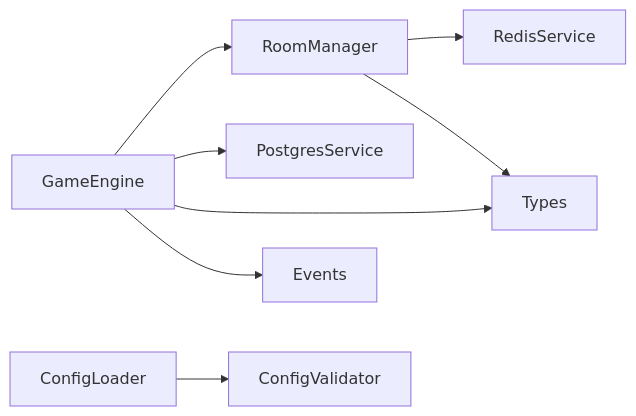
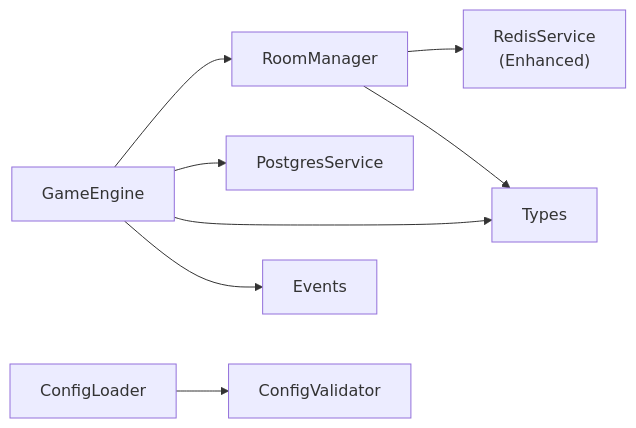
Diagram 11 of 11 in .qoder/repowiki/en/content/Data Management/Data Management.md (dkoukoul/escape-room-mvp), drawn with Mermaid before and after one commit. The commit also changed other lines of this file and 21 other files, not shown here.

````diff
--- a/.qoder/repowiki/en/content/Data Management/Data Management.md
+++ b/.qoder/repowiki/en/content/Data Management/Data Management.md
@@ -356,10 +446,10 @@
 ```mermaid
 graph LR
 GE["GameEngine"] --> RM["RoomManager"]
 GE --> PS["PostgresService"]
-RM --> RS["RedisService"]
+RM --> RS["RedisService<br/>(Enhanced)"]
 RM --> T["Types"]
 GE --> T
 GE --> E["Events"]
 CL["ConfigLoader"] --> CV["ConfigValidator"]
 ```
````
